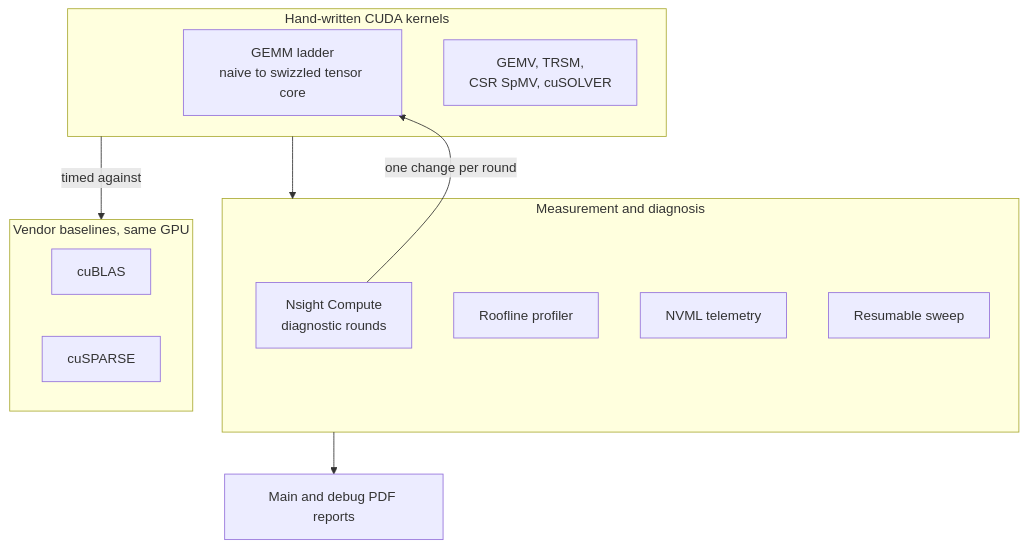
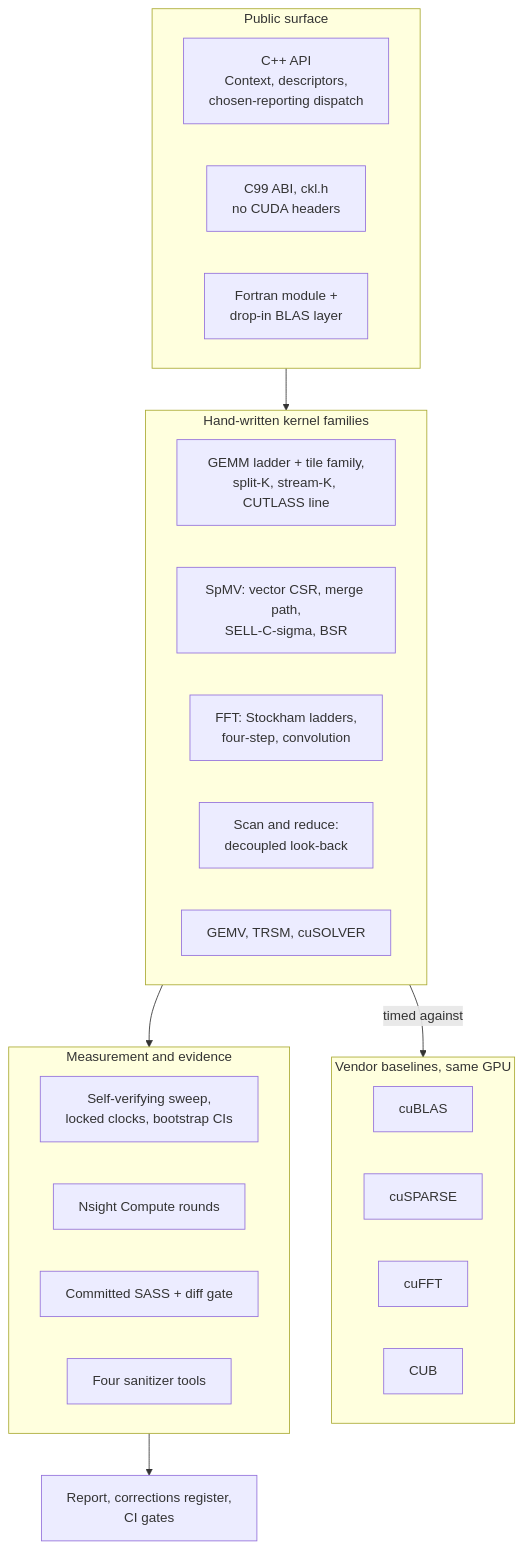
The diagram in README.md (Olajide-Badejo/CUDA-Kernel-Library), drawn with Mermaid before and after one commit.

Commit message:
Architecture diagram reflects the 1.1.0 surface: three API layers, four tuned families, four baselines, the evidence apparatus

````diff
--- a/README.md
+++ b/README.md
@@ -95,21 +95,31 @@
 ```mermaid
 flowchart TB
-    subgraph K["Hand-written CUDA kernels"]
-        G["GEMM ladder<br/>naive to swizzled tensor core"]
-        F["GEMV, TRSM,<br/>CSR SpMV, cuSOLVER"]
+    subgraph API["Public surface"]
+        CPP["C++ API<br/>Context, descriptors,<br/>chosen-reporting dispatch"]
+        C99["C99 ABI, ckl.h<br/>no CUDA headers"]
+        F90["Fortran module +<br/>drop-in BLAS layer"]
     end
-    subgraph H["Measurement and diagnosis"]
-        NCU["Nsight Compute<br/>diagnostic rounds"]
-        RF["Roofline profiler"]
-        NV["NVML telemetry"]
-        SW["Resumable sweep"]
+    subgraph K["Hand-written kernel families"]
+        G["GEMM ladder + tile family,<br/>split-K, stream-K, CUTLASS line"]
+        SP["SpMV: vector CSR, merge path,<br/>SELL-C-sigma, BSR"]
+        FF["FFT: Stockham ladders,<br/>four-step, convolution"]
+        SC["Scan and reduce:<br/>decoupled look-back"]
+        SUP["GEMV, TRSM, cuSOLVER"]
     end
     subgraph B["Vendor baselines, same GPU"]
         CB["cuBLAS"]
         CS["cuSPARSE"]
+        CF["cuFFT"]
+        CU["CUB"]
     end
+    subgraph H["Measurement and evidence"]
+        VER["Self-verifying sweep,<br/>locked clocks, bootstrap CIs"]
+        NCU["Nsight Compute rounds"]
+        SASS["Committed SASS + diff gate"]
+        SAN["Four sanitizer tools"]
+    end
+    API --> K
     K -->|timed against| B
     K --> H
-    NCU -->|one change per round| G
-    H --> R["Main and debug PDF reports"]
+    H --> R["Report, corrections register,<br/>CI gates"]
 ```
````
